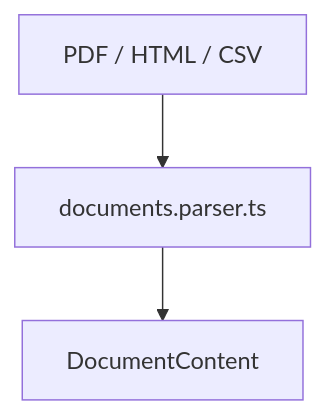
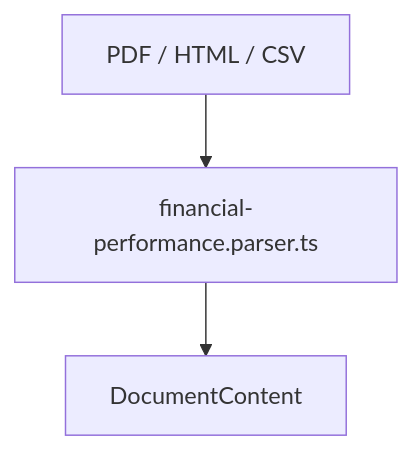
The sixth of 10 diagrams in docs/product-definitions/technical_architecture.md (velascode64/equi-document-intelligence-web-app), drawn with Mermaid before and after one commit. The commit also changed other lines of this file and 6 other files, not shown here.

Commit message:
Add Google Drive sync analyzer flow

````diff
--- a/docs/product-definitions/technical_architecture.md
+++ b/docs/product-definitions/technical_architecture.md
@@ -407,5 +405,5 @@
 ```mermaid
 flowchart TD
-    A[PDF / HTML / CSV] --> B[documents.parser.ts]
+    A[PDF / HTML / CSV] --> B[financial-performance.parser.ts]
     B --> C[DocumentContent]
 ```
````
